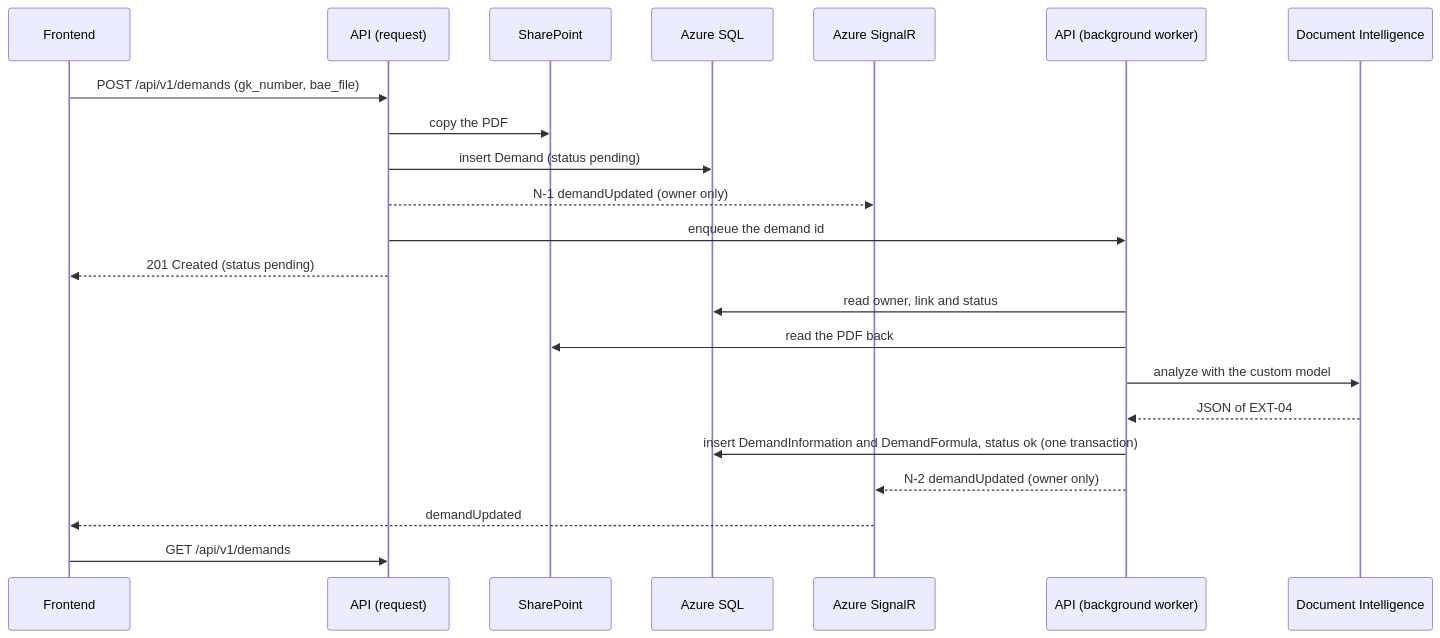
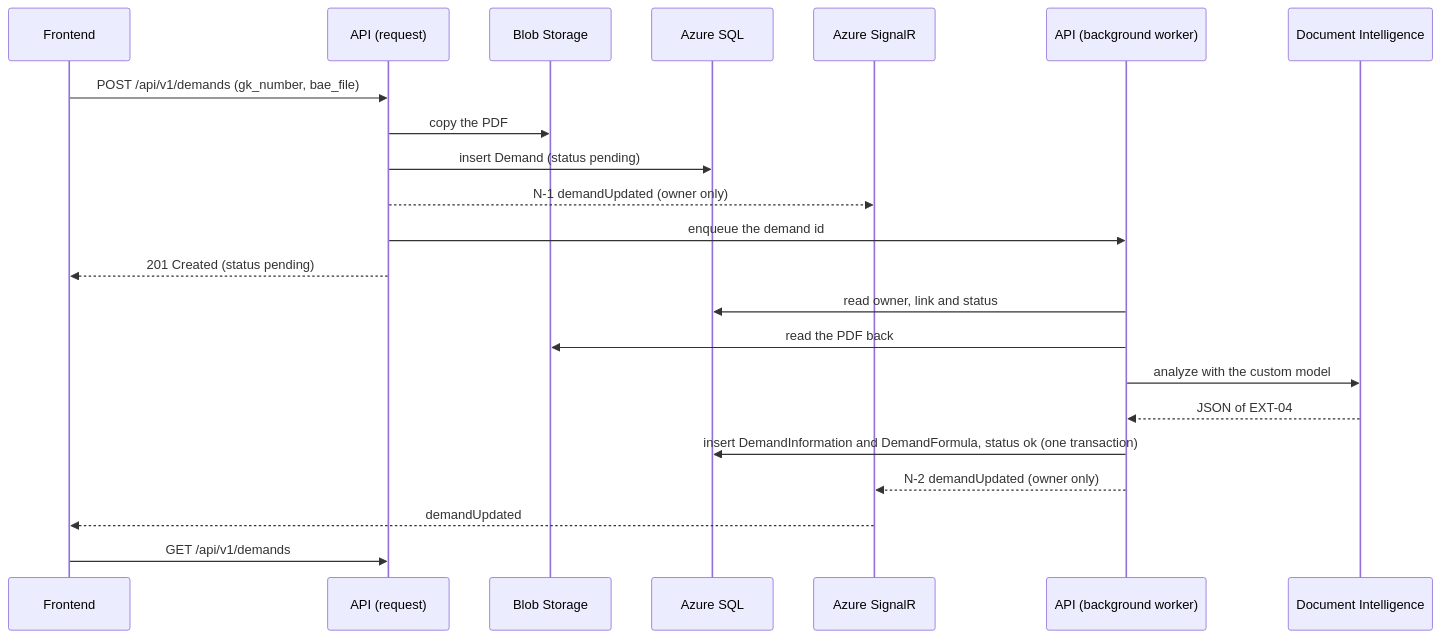
Before and after one commit to alex-talan/klesia-api: the third of 3 diagrams in docs/specs/SPECIFICATIONS.md, drawn with Mermaid. The commit also changed other lines of this file and 14 other files, not shown here.

Commit message:
blob-storage

````diff
--- a/docs/specs/SPECIFICATIONS.md
+++ b/docs/specs/SPECIFICATIONS.md
@@ -830,24 +859,24 @@
 ```mermaid
 sequenceDiagram
     participant FE as Frontend
     participant API as API (request)
-    participant SP as SharePoint
+    participant ST as Blob Storage
     participant DB as Azure SQL
     participant SR as Azure SignalR
     participant W as API (background worker)
     participant DI as Document Intelligence
     FE->>API: POST /api/v1/demands (gk_number, bae_file)
-    API->>SP: copy the PDF
+    API->>ST: copy the PDF
     API->>DB: insert Demand (status pending)
     API-->>SR: N-1 demandUpdated (owner only)
     API->>W: enqueue the demand id
     API-->>FE: 201 Created (status pending)
     W->>DB: read owner, link and status
-    W->>SP: read the PDF back
+    W->>ST: read the PDF back
     W->>DI: analyze with the custom model
     DI-->>W: JSON of EXT-04
     W->>DB: insert DemandInformation and DemandFormula, status ok (one transaction)
     W-->>SR: N-2 demandUpdated (owner only)
     SR-->>FE: demandUpdated
     FE->>API: GET /api/v1/demands
 ```
````
